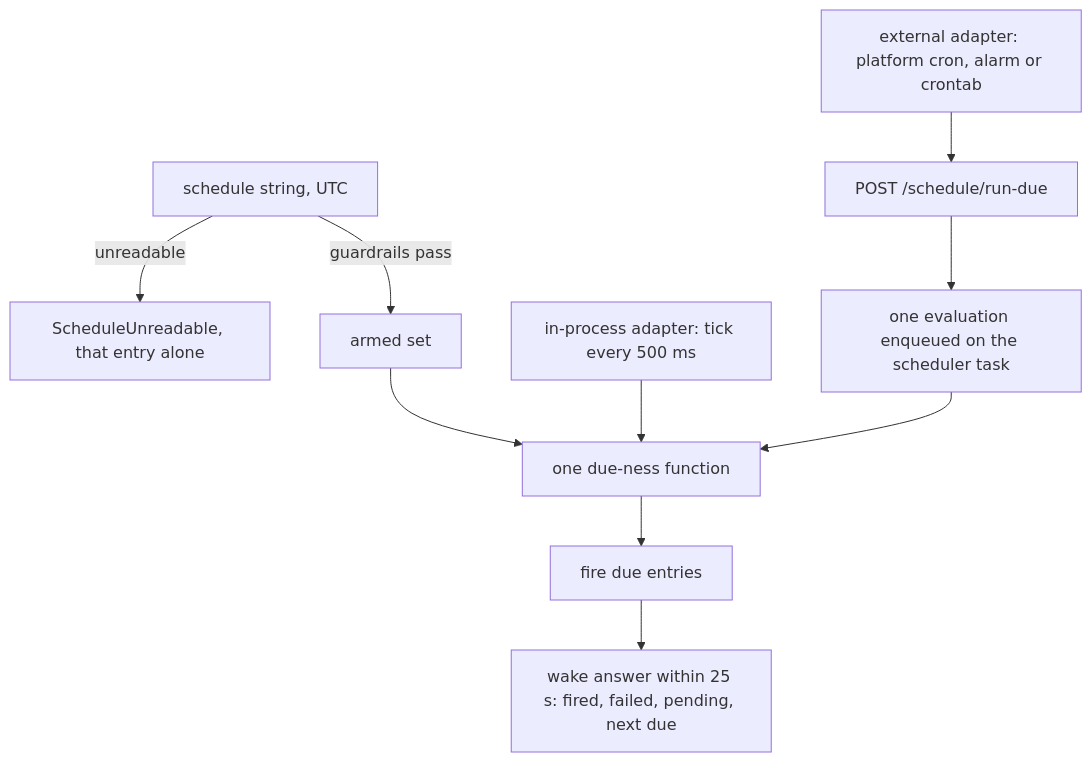
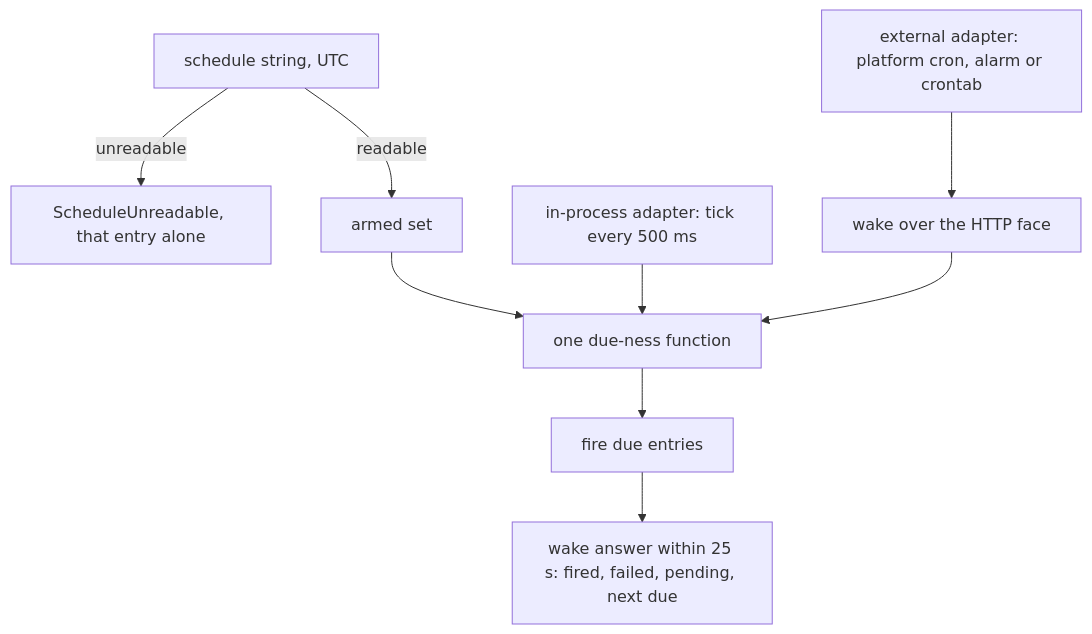
The second of 5 diagrams in spec/70-control-plane.md (fractalboxdev/contextful), drawn with Mermaid before and after one commit. The commit also changed other lines of this file and 7 other files, not shown here.

````diff
--- a/spec/70-control-plane.md
+++ b/spec/70-control-plane.md
@@ -51,12 +51,11 @@
 ```mermaid
 flowchart TD
   SCH["schedule string, UTC"] -- "unreadable" --> E1["ScheduleUnreadable, that entry alone"]
-  SCH -- "guardrails pass" --> SET["armed set"]
+  SCH -- "readable" --> SET["armed set"]
   IP["in-process adapter: tick every 500 ms"] --> DUE["one due-ness function"]
-  EXT["external adapter: platform cron, alarm or crontab"] --> WAKE["POST /schedule/run-due"]
-  WAKE --> Q["one evaluation enqueued on the scheduler task"]
-  Q --> DUE
+  EXT["external adapter: platform cron, alarm or crontab"] --> WAKE["wake over the HTTP face"]
+  WAKE --> DUE
   SET --> DUE
   DUE --> FIRE["fire due entries"]
   FIRE --> ANS["wake answer within 25 s: fired, failed, pending, next due"]
 ```
````
